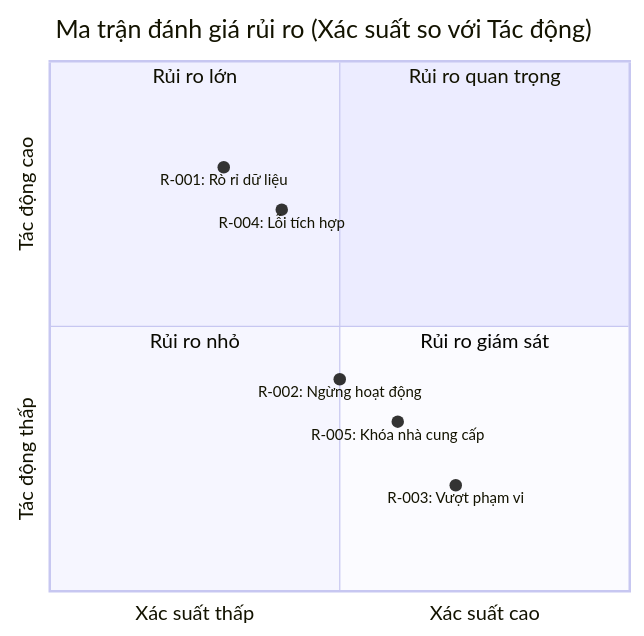
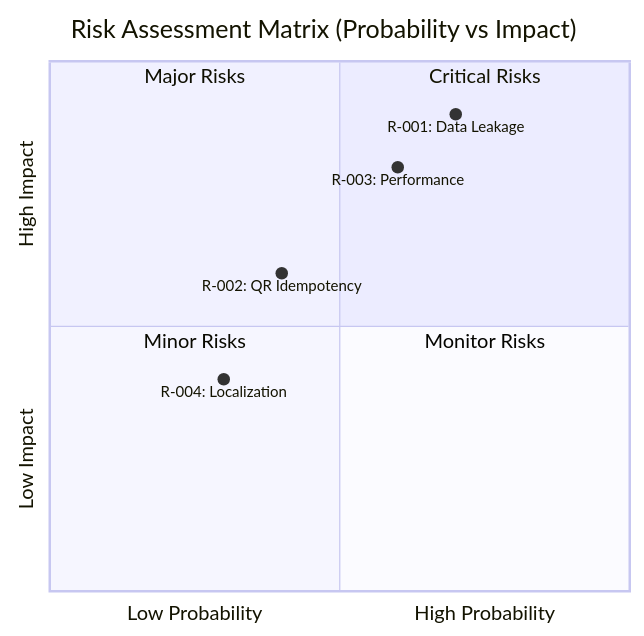
Before and after one commit to hainguyen81/ai-scraper: the third of 3 diagrams in sources/output/estimation/estimation.md, drawn with Mermaid. The commit also changed other lines of this file and 1 other file, not shown here.

````diff
--- a/sources/output/estimation/estimation.md
+++ b/sources/output/estimation/estimation.md
@@ -167,15 +171,14 @@
 ```mermaid
 quadrantChart
-title Ma trận đánh giá rủi ro (Xác suất so với Tác động)
-x-axis "Xác suất thấp" --> "Xác suất cao"
-y-axis "Tác động thấp" --> "Tác động cao"
-quadrant-1 "Rủi ro quan trọng"
-quadrant-2 "Rủi ro lớn"
-quadrant-3 "Rủi ro nhỏ"
-quadrant-4 "Rủi ro giám sát"
-"R-001: Rò rỉ dữ liệu" : [0.3,0.8]
-"R-002: Ngừng hoạt động" : [0.5,0.4]
-"R-003: Vượt phạm vi" : [0.7,0.2]
-"R-004: Lỗi tích hợp" : [0.4,0.72]
-"R-005: Khóa nhà cung cấp" : [0.6,0.32]
+title Risk Assessment Matrix (Probability vs Impact)
+x-axis "Low Probability" --> "High Probability"
+y-axis "Low Impact" --> "High Impact"
+quadrant-1 "Critical Risks"
+quadrant-2 "Major Risks"
+quadrant-3 "Minor Risks"
+quadrant-4 "Monitor Risks"
+"R-001: Data Leakage" : [0.7, 0.9]
+"R-002: QR Idempotency" : [0.4, 0.6]
+"R-003: Performance" : [0.6, 0.8]
+"R-004: Localization" : [0.3, 0.4]
 ```
````
